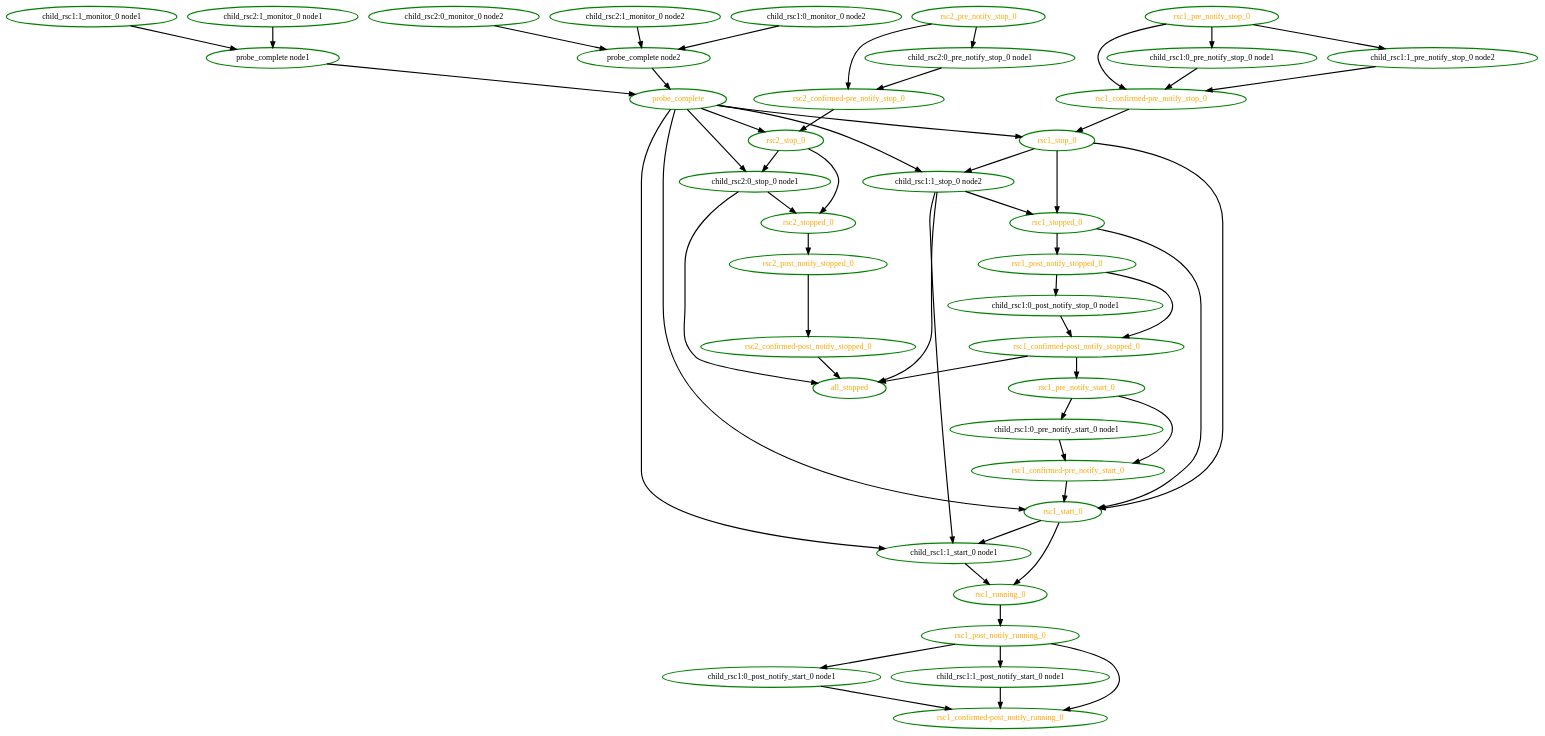
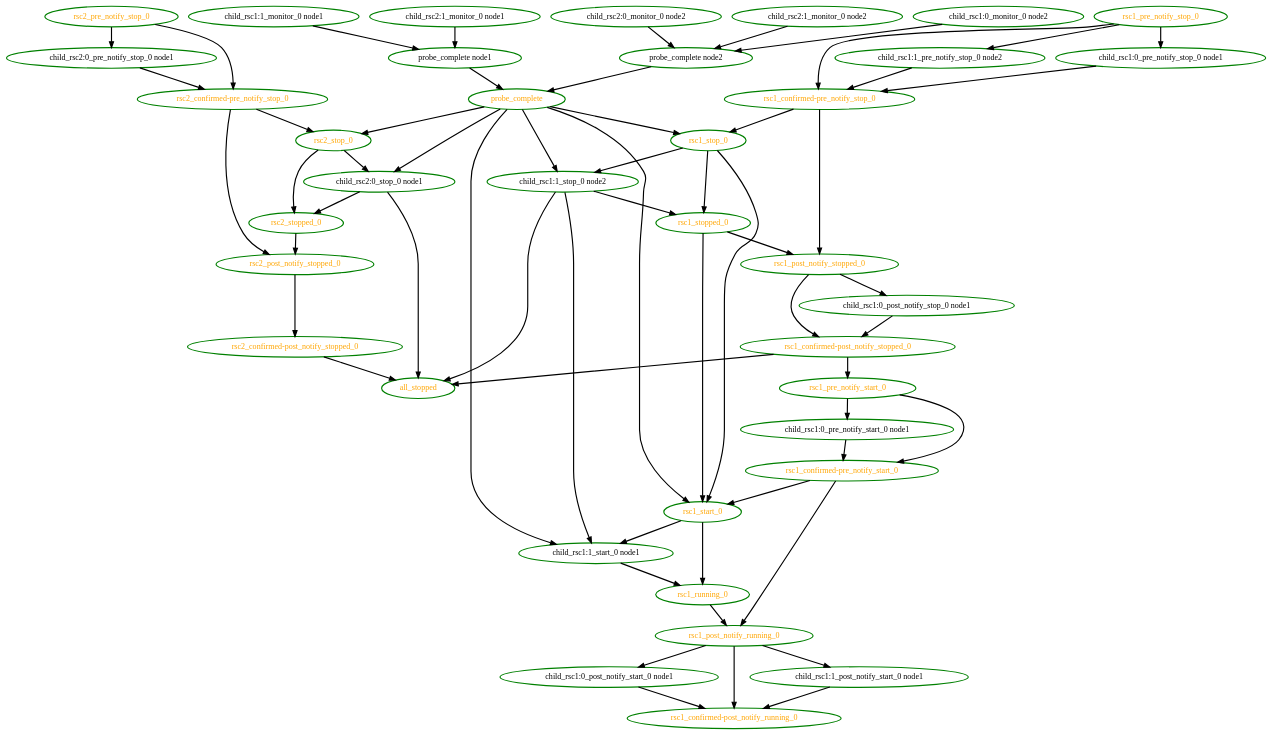
The diagram in pengine/test10/notify-3.dot (linux-ha-japan/pm_diskd), drawn with Graphviz before and after one commit. The commit also changed 54 other files, not shown here.

Commit message:
Low: PE: Ensure the relative ordering of pre and post notifications

```diff
--- a/pengine/test10/notify-3.dot
+++ b/pengine/test10/notify-3.dot
@@ -1,95 +1,98 @@
  digraph "g" {
 "all_stopped" [ style=bold color="green" fontcolor="orange"  ]
 "child_rsc1:0_monitor_0 node2" -> "probe_complete node2" [ style = bold]
 "child_rsc1:0_monitor_0 node2" [ style=bold color="green" fontcolor="black" ]
 "child_rsc1:0_post_notify_start_0 node1" -> "rsc1_confirmed-post_notify_running_0" [ style = bold]
 "child_rsc1:0_post_notify_start_0 node1" [ style=bold color="green" fontcolor="black" ]
 "child_rsc1:0_post_notify_stop_0 node1" -> "rsc1_confirmed-post_notify_stopped_0" [ style = bold]
 "child_rsc1:0_post_notify_stop_0 node1" [ style=bold color="green" fontcolor="black" ]
 "child_rsc1:0_pre_notify_start_0 node1" -> "rsc1_confirmed-pre_notify_start_0" [ style = bold]
 "child_rsc1:0_pre_notify_start_0 node1" [ style=bold color="green" fontcolor="black" ]
 "child_rsc1:0_pre_notify_stop_0 node1" -> "rsc1_confirmed-pre_notify_stop_0" [ style = bold]
 "child_rsc1:0_pre_notify_stop_0 node1" [ style=bold color="green" fontcolor="black" ]
 "child_rsc1:1_monitor_0 node1" -> "probe_complete node1" [ style = bold]
 "child_rsc1:1_monitor_0 node1" [ style=bold color="green" fontcolor="black" ]
 "child_rsc1:1_post_notify_start_0 node1" -> "rsc1_confirmed-post_notify_running_0" [ style = bold]
 "child_rsc1:1_post_notify_start_0 node1" [ style=bold color="green" fontcolor="black" ]
 "child_rsc1:1_pre_notify_stop_0 node2" -> "rsc1_confirmed-pre_notify_stop_0" [ style = bold]
 "child_rsc1:1_pre_notify_stop_0 node2" [ style=bold color="green" fontcolor="black" ]
 "child_rsc1:1_start_0 node1" -> "rsc1_running_0" [ style = bold]
 "child_rsc1:1_start_0 node1" [ style=bold color="green" fontcolor="black" ]
 "child_rsc1:1_stop_0 node2" -> "all_stopped" [ style = bold]
 "child_rsc1:1_stop_0 node2" -> "child_rsc1:1_start_0 node1" [ style = bold]
 "child_rsc1:1_stop_0 node2" -> "rsc1_stopped_0" [ style = bold]
 "child_rsc1:1_stop_0 node2" [ style=bold color="green" fontcolor="black" ]
 "child_rsc2:0_monitor_0 node2" -> "probe_complete node2" [ style = bold]
 "child_rsc2:0_monitor_0 node2" [ style=bold color="green" fontcolor="black" ]
 "child_rsc2:0_pre_notify_stop_0 node1" -> "rsc2_confirmed-pre_notify_stop_0" [ style = bold]
 "child_rsc2:0_pre_notify_stop_0 node1" [ style=bold color="green" fontcolor="black" ]
 "child_rsc2:0_stop_0 node1" -> "all_stopped" [ style = bold]
 "child_rsc2:0_stop_0 node1" -> "rsc2_stopped_0" [ style = bold]
 "child_rsc2:0_stop_0 node1" [ style=bold color="green" fontcolor="black" ]
 "child_rsc2:1_monitor_0 node1" -> "probe_complete node1" [ style = bold]
 "child_rsc2:1_monitor_0 node1" [ style=bold color="green" fontcolor="black" ]
 "child_rsc2:1_monitor_0 node2" -> "probe_complete node2" [ style = bold]
 "child_rsc2:1_monitor_0 node2" [ style=bold color="green" fontcolor="black" ]
 "probe_complete node1" -> "probe_complete" [ style = bold]
 "probe_complete node1" [ style=bold color="green" fontcolor="black" ]
 "probe_complete node2" -> "probe_complete" [ style = bold]
 "probe_complete node2" [ style=bold color="green" fontcolor="black" ]
 "probe_complete" -> "child_rsc1:1_start_0 node1" [ style = bold]
 "probe_complete" -> "child_rsc1:1_stop_0 node2" [ style = bold]
 "probe_complete" -> "child_rsc2:0_stop_0 node1" [ style = bold]
 "probe_complete" -> "rsc1_start_0" [ style = bold]
 "probe_complete" -> "rsc1_stop_0" [ style = bold]
 "probe_complete" -> "rsc2_stop_0" [ style = bold]
 "probe_complete" [ style=bold color="green" fontcolor="orange" ]
 "rsc1_confirmed-post_notify_running_0" [ style=bold color="green" fontcolor="orange" ]
 "rsc1_confirmed-post_notify_stopped_0" -> "all_stopped" [ style = bold]
 "rsc1_confirmed-post_notify_stopped_0" -> "rsc1_pre_notify_start_0" [ style = bold]
 "rsc1_confirmed-post_notify_stopped_0" [ style=bold color="green" fontcolor="orange" ]
+"rsc1_confirmed-pre_notify_start_0" -> "rsc1_post_notify_running_0" [ style = bold]
 "rsc1_confirmed-pre_notify_start_0" -> "rsc1_start_0" [ style = bold]
 "rsc1_confirmed-pre_notify_start_0" [ style=bold color="green" fontcolor="orange" ]
+"rsc1_confirmed-pre_notify_stop_0" -> "rsc1_post_notify_stopped_0" [ style = bold]
 "rsc1_confirmed-pre_notify_stop_0" -> "rsc1_stop_0" [ style = bold]
 "rsc1_confirmed-pre_notify_stop_0" [ style=bold color="green" fontcolor="orange" ]
 "rsc1_post_notify_running_0" -> "child_rsc1:0_post_notify_start_0 node1" [ style = bold]
 "rsc1_post_notify_running_0" -> "child_rsc1:1_post_notify_start_0 node1" [ style = bold]
 "rsc1_post_notify_running_0" -> "rsc1_confirmed-post_notify_running_0" [ style = bold]
 "rsc1_post_notify_running_0" [ style=bold color="green" fontcolor="orange" ]
 "rsc1_post_notify_stopped_0" -> "child_rsc1:0_post_notify_stop_0 node1" [ style = bold]
 "rsc1_post_notify_stopped_0" -> "rsc1_confirmed-post_notify_stopped_0" [ style = bold]
 "rsc1_post_notify_stopped_0" [ style=bold color="green" fontcolor="orange" ]
 "rsc1_pre_notify_start_0" -> "child_rsc1:0_pre_notify_start_0 node1" [ style = bold]
 "rsc1_pre_notify_start_0" -> "rsc1_confirmed-pre_notify_start_0" [ style = bold]
 "rsc1_pre_notify_start_0" [ style=bold color="green" fontcolor="orange" ]
 "rsc1_pre_notify_stop_0" -> "child_rsc1:0_pre_notify_stop_0 node1" [ style = bold]
 "rsc1_pre_notify_stop_0" -> "child_rsc1:1_pre_notify_stop_0 node2" [ style = bold]
 "rsc1_pre_notify_stop_0" -> "rsc1_confirmed-pre_notify_stop_0" [ style = bold]
 "rsc1_pre_notify_stop_0" [ style=bold color="green" fontcolor="orange" ]
 "rsc1_running_0" -> "rsc1_post_notify_running_0" [ style = bold]
 "rsc1_running_0" [ style=bold color="green" fontcolor="orange" ]
 "rsc1_start_0" -> "child_rsc1:1_start_0 node1" [ style = bold]
 "rsc1_start_0" -> "rsc1_running_0" [ style = bold]
 "rsc1_start_0" [ style=bold color="green" fontcolor="orange" ]
 "rsc1_stop_0" -> "child_rsc1:1_stop_0 node2" [ style = bold]
 "rsc1_stop_0" -> "rsc1_start_0" [ style = bold]
 "rsc1_stop_0" -> "rsc1_stopped_0" [ style = bold]
 "rsc1_stop_0" [ style=bold color="green" fontcolor="orange" ]
 "rsc1_stopped_0" -> "rsc1_post_notify_stopped_0" [ style = bold]
 "rsc1_stopped_0" -> "rsc1_start_0" [ style = bold]
 "rsc1_stopped_0" [ style=bold color="green" fontcolor="orange" ]
 "rsc2_confirmed-post_notify_stopped_0" -> "all_stopped" [ style = bold]
 "rsc2_confirmed-post_notify_stopped_0" [ style=bold color="green" fontcolor="orange" ]
+"rsc2_confirmed-pre_notify_stop_0" -> "rsc2_post_notify_stopped_0" [ style = bold]
 "rsc2_confirmed-pre_notify_stop_0" -> "rsc2_stop_0" [ style = bold]
 "rsc2_confirmed-pre_notify_stop_0" [ style=bold color="green" fontcolor="orange" ]
 "rsc2_post_notify_stopped_0" -> "rsc2_confirmed-post_notify_stopped_0" [ style = bold]
 "rsc2_post_notify_stopped_0" [ style=bold color="green" fontcolor="orange" ]
 "rsc2_pre_notify_stop_0" -> "child_rsc2:0_pre_notify_stop_0 node1" [ style = bold]
 "rsc2_pre_notify_stop_0" -> "rsc2_confirmed-pre_notify_stop_0" [ style = bold]
 "rsc2_pre_notify_stop_0" [ style=bold color="green" fontcolor="orange" ]
 "rsc2_stop_0" -> "child_rsc2:0_stop_0 node1" [ style = bold]
 "rsc2_stop_0" -> "rsc2_stopped_0" [ style = bold]
 "rsc2_stop_0" [ style=bold color="green" fontcolor="orange" ]
 "rsc2_stopped_0" -> "rsc2_post_notify_stopped_0" [ style = bold]
 "rsc2_stopped_0" [ style=bold color="green" fontcolor="orange" ]
 }
```
